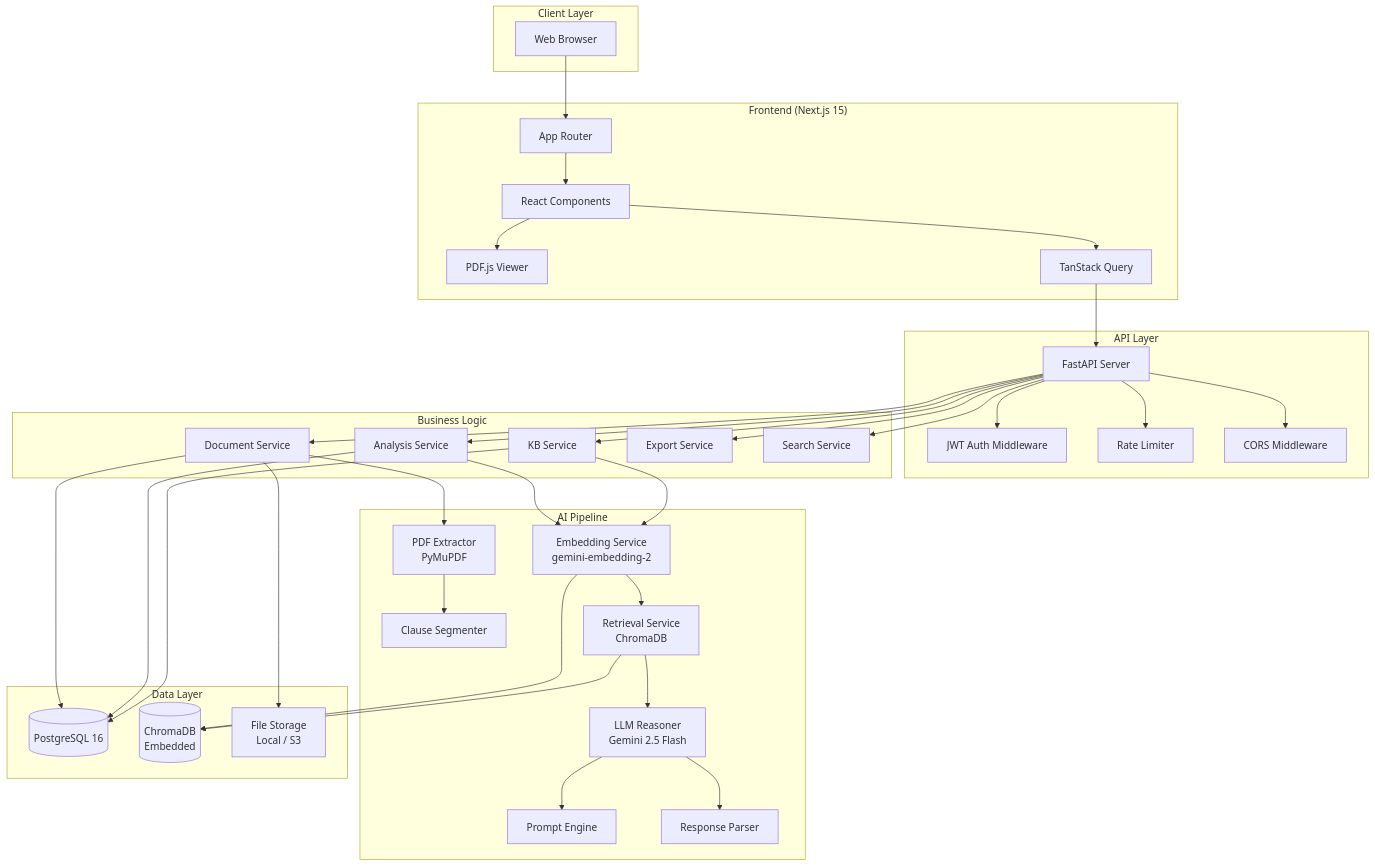
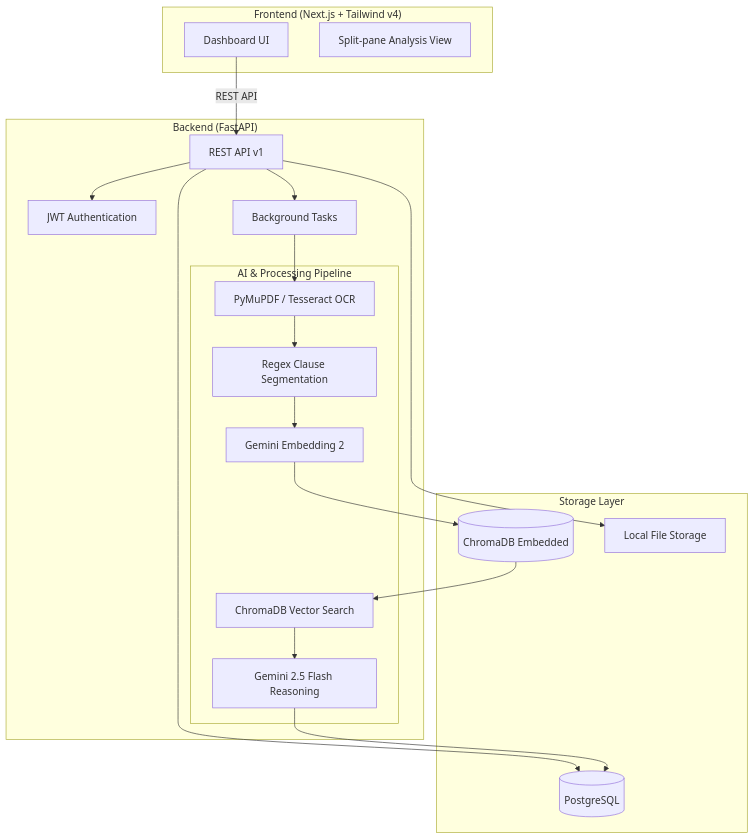
The diagram in docs/architecture.md (chinmoy31112/Legal-Policy-Document-Simplifier-with-Clause-Level-Risk-Analysis-RAG-), drawn with Mermaid before and after one commit. The commit also changed other lines of this file and 5 other files, not shown here.

````diff
--- a/docs/architecture.md
+++ b/docs/architecture.md
@@ -5,75 +7,41 @@
 ```mermaid
 graph TB
-    subgraph Client["Client Layer"]
-        Browser[Web Browser]
+    subgraph Frontend["Frontend (Next.js + Tailwind v4)"]
+        UI[Dashboard UI]
+        SplitView[Split-pane Analysis View]
     end
 
-    subgraph Frontend["Frontend (Next.js 15)"]
-        AppRouter[App Router]
-        Components[React Components]
-        PDFViewer[PDF.js Viewer]
-        StateManagement[TanStack Query]
+    subgraph Backend["Backend (FastAPI)"]
+        API[REST API v1]
+        Auth[JWT Authentication]
+        BgTasks[Background Tasks]
+        
+        subgraph Pipeline["AI & Processing Pipeline"]
+            Extract[PyMuPDF / Tesseract OCR]
+            Segment[Regex Clause Segmentation]
+            Embed[Gemini Embedding 2]
+            Retrieve[ChromaDB Vector Search]
+            Reason[Gemini 2.5 Flash Reasoning]
+        end
     end
 
-    subgraph API_Gateway["API Layer"]
-        FastAPI[FastAPI Server]
-        Auth[JWT Auth Middleware]
-        RateLimit[Rate Limiter]
-        CORS[CORS Middleware]
+    subgraph Storage["Storage Layer"]
+        PG[(PostgreSQL)]
+        Chroma[(ChromaDB Embedded)]
+        FS[Local File Storage]
     end
 
-    subgraph Business["Business Logic"]
-        DocService[Document Service]
-        AnalysisService[Analysis Service]
-        KBService[KB Service]
-        ExportService[Export Service]
-        SearchService[Search Service]
-    end
-
-    subgraph AI_Layer["AI Pipeline"]
-        Extractor[PDF Extractor<br/>PyMuPDF]
-        Segmenter[Clause Segmenter]
-        Embedder[Embedding Service<br/>gemini-embedding-2]
-        Retriever[Retrieval Service<br/>ChromaDB]
-        Reasoner[LLM Reasoner<br/>Gemini 2.5 Flash]
-        PromptEngine[Prompt Engine]
-        ResponseParser[Response Parser]
-    end
-
-    subgraph Data["Data Layer"]
-        PostgreSQL[(PostgreSQL 16)]
-        ChromaDB[(ChromaDB<br/>Embedded)]
-        FileStorage[File Storage<br/>Local / S3]
-    end
-
-    Browser --> AppRouter
-    AppRouter --> Components
-    Components --> PDFViewer
-    Components --> StateManagement
-    StateManagement --> FastAPI
-
-    FastAPI --> Auth
-    FastAPI --> RateLimit
-    FastAPI --> CORS
-    FastAPI --> DocService
-    FastAPI --> AnalysisService
-    FastAPI --> KBService
-    FastAPI --> ExportService
-    FastAPI --> SearchService
-
-    DocService --> Extractor
-    Extractor --> Segmenter
-    AnalysisService --> Embedder
-    Embedder --> Retriever
-    Retriever --> Reasoner
-    Reasoner --> PromptEngine
-    Reasoner --> ResponseParser
-    KBService --> Embedder
-
-    DocService --> PostgreSQL
-    AnalysisService --> PostgreSQL
-    KBService --> PostgreSQL
-    Embedder --> ChromaDB
-    Retriever --> ChromaDB
-    DocService --> FileStorage
+    UI -->|REST API| API
+    API --> Auth
+    API --> BgTasks
+    BgTasks --> Extract
+    Extract --> Segment
+    Segment --> Embed
+    Embed --> Chroma
+    Chroma --> Retrieve
+    Retrieve --> Reason
+    Reason --> PG
+    
+    API --> PG
+    API --> FS
 ```
````
